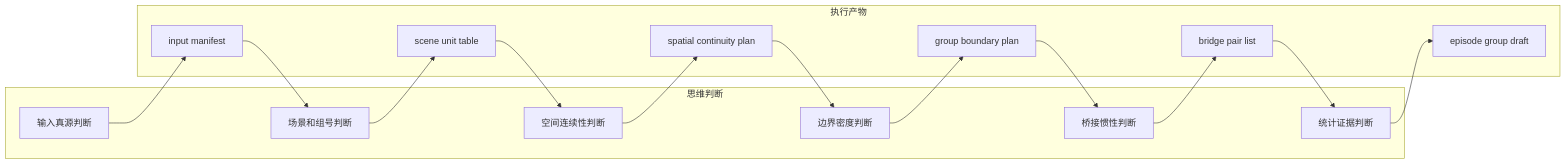
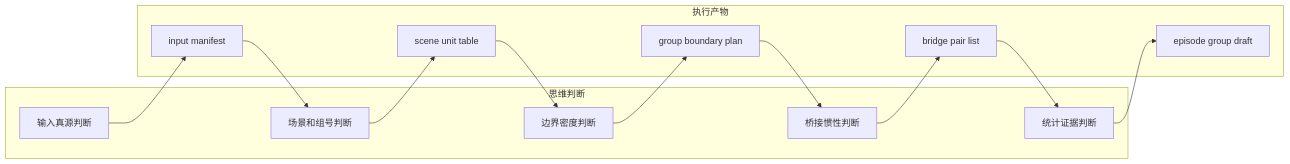
One commit to ZEN-VOID/AI-CUT changed the second of 3 diagrams in .agents/skills/aigc/4-分组/steps/grouping-workflow.md. Above: the diagram before and after it, drawn with Mermaid. The commit also changed other lines of this file and 122 other files, not shown here.

````diff
--- a/.agents/skills/aigc/4-分组/steps/grouping-workflow.md
+++ b/.agents/skills/aigc/4-分组/steps/grouping-workflow.md
@@ -37,20 +35,18 @@
 ```mermaid
 flowchart LR
     subgraph THINK["思维判断"]
         T1["输入真源判断"]
         T2["场景和组号判断"]
-        T3["空间连续性判断"]
         T4["边界密度判断"]
         T5["桥接惯性判断"]
         T6["统计证据判断"]
     end
     subgraph EXEC["执行产物"]
         E1["input manifest"]
         E2["scene unit table"]
-        E3["spatial continuity plan"]
         E4["group boundary plan"]
         E5["bridge pair list"]
         E6["episode group draft"]
     end
-    T1 --> E1 --> T2 --> E2 --> T3 --> E3 --> T4 --> E4 --> T5 --> E5 --> T6 --> E6
+    T1 --> E1 --> T2 --> E2 --> T4 --> E4 --> T5 --> E5 --> T6 --> E6
 ```
````
